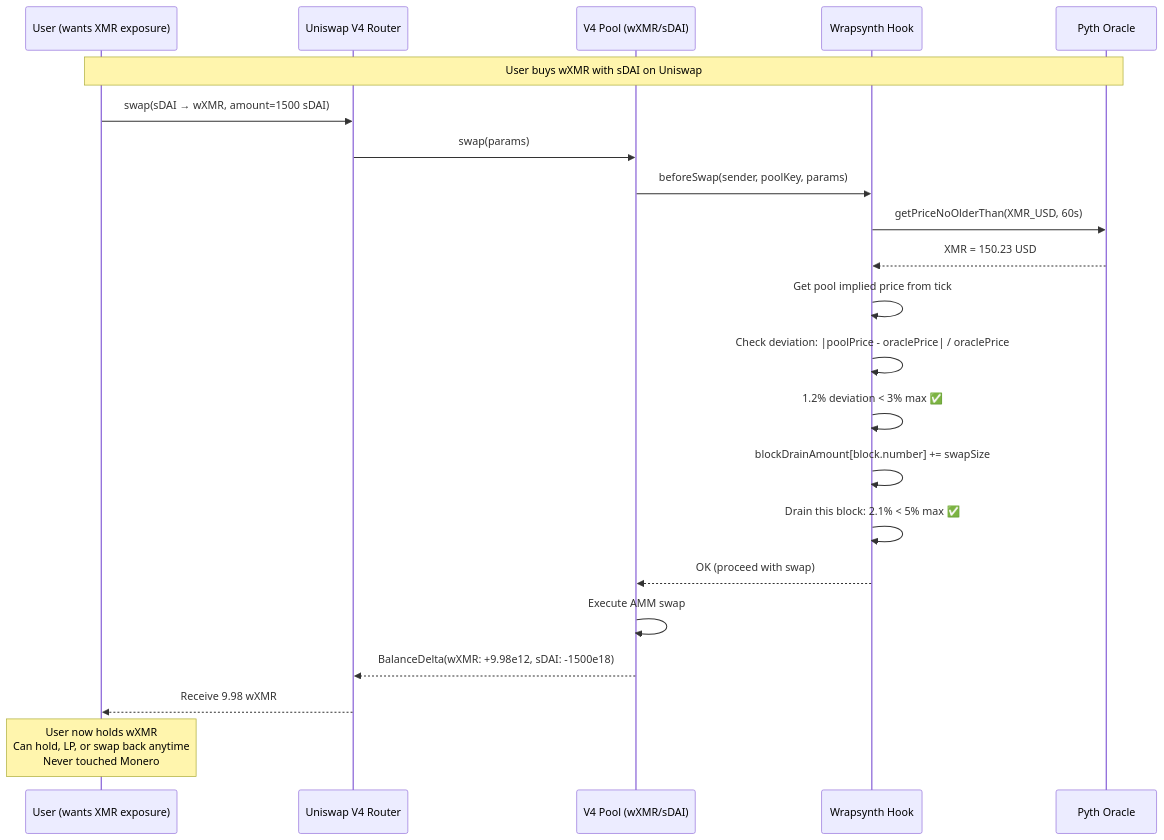
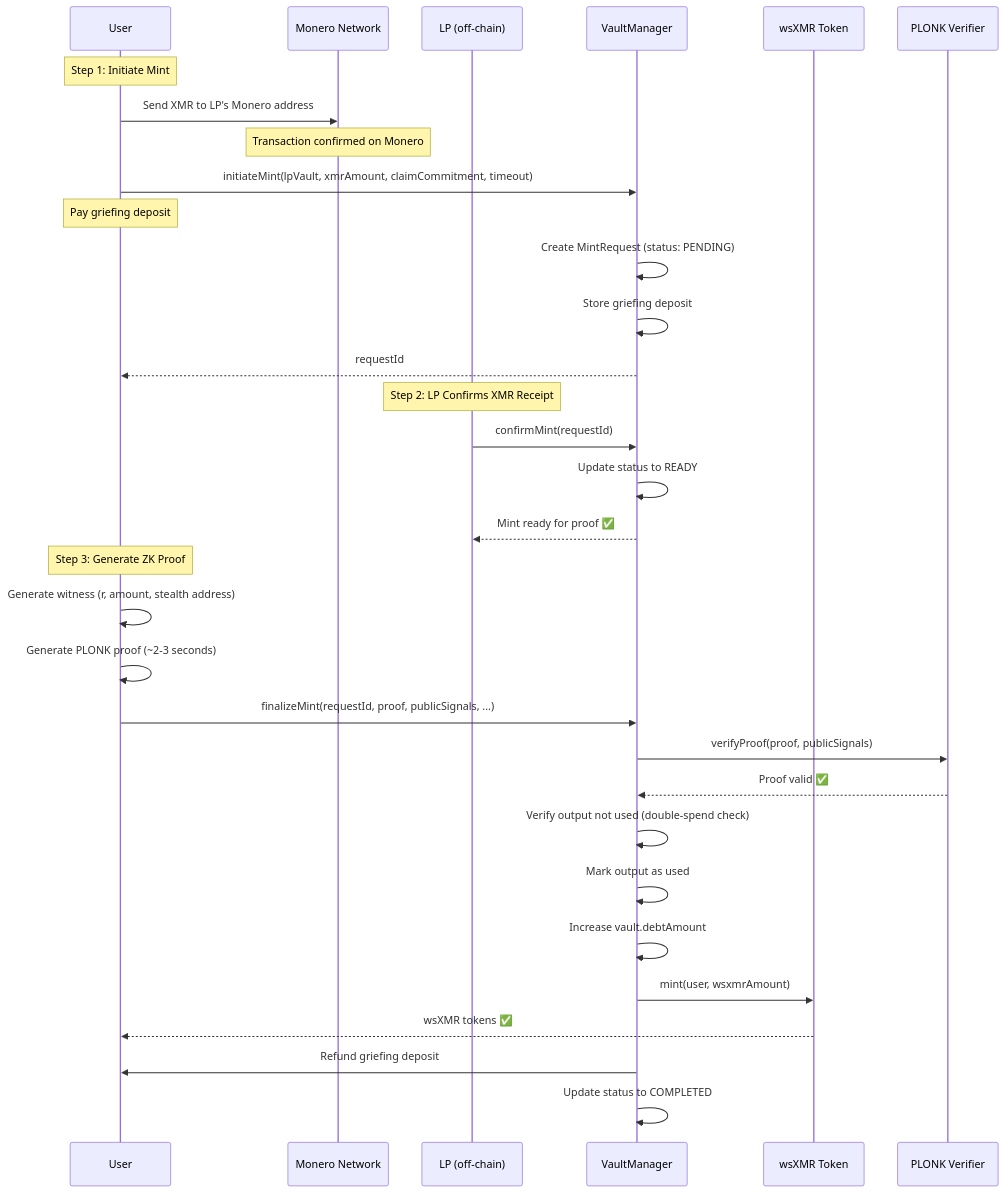
Before and after one commit to madschristensen99/wrapsynth: the second of 4 diagrams in SYNTHWRAP.md, drawn with Mermaid. The commit also changed other lines of this file and 2 other files, not shown here.

First line of the commit message:
docs: massive architecture overhaul - atomic swaps replace ZK proofs

````diff
--- a/SYNTHWRAP.md
+++ b/SYNTHWRAP.md
@@ -268,29 +166,39 @@
 ```mermaid
 sequenceDiagram
-    participant U as User (wants XMR exposure)
-    participant UNI as Uniswap V4 Router
-    participant POOL as V4 Pool (wXMR/sDAI)
-    participant HOOK as Wrapsynth Hook
-    participant PYTH as Pyth Oracle
-
-    Note over U,PYTH: User buys wXMR with sDAI on Uniswap
-
-    U->>UNI: swap(sDAI → wXMR, amount=1500 sDAI)
-    UNI->>POOL: swap(params)
-
-    POOL->>HOOK: beforeSwap(sender, poolKey, params)
-    HOOK->>PYTH: getPriceNoOlderThan(XMR_USD, 60s)
-    PYTH-->>HOOK: XMR = 150.23 USD
-    HOOK->>HOOK: Get pool implied price from tick
-    HOOK->>HOOK: Check deviation: |poolPrice - oraclePrice| / oraclePrice
-    HOOK->>HOOK: 1.2% deviation < 3% max ✅
-    HOOK->>HOOK: blockDrainAmount[block.number] += swapSize
-    HOOK->>HOOK: Drain this block: 2.1% < 5% max ✅
-    HOOK-->>POOL: OK (proceed with swap)
-
-    POOL->>POOL: Execute AMM swap
-    POOL-->>UNI: BalanceDelta(wXMR: +9.98e12, sDAI: -1500e18)
-    UNI-->>U: Receive 9.98 wXMR
-
-    Note over U: User now holds wXMR<br/>Can hold, LP, or swap back anytime<br/>Never touched Monero
+    participant U as User
+    participant XMR as Monero Network
+    participant LP as LP (off-chain)
+    participant VM as VaultManager
+    participant WSXMR as wsXMR Token
+    participant V as PLONK Verifier
+    
+    Note over U: Step 1: Initiate Mint
+    U->>XMR: Send XMR to LP's Monero address
+    Note over XMR: Transaction confirmed on Monero
+    
+    U->>VM: initiateMint(lpVault, xmrAmount, claimCommitment, timeout)
+    Note over U: Pay griefing deposit
+    VM->>VM: Create MintRequest (status: PENDING)
+    VM->>VM: Store griefing deposit
+    VM-->>U: requestId
+    
+    Note over LP: Step 2: LP Confirms XMR Receipt
+    LP->>VM: confirmMint(requestId)
+    VM->>VM: Update status to READY
+    VM-->>LP: Mint ready for proof ✅
+    
+    Note over U: Step 3: Generate ZK Proof
+    U->>U: Generate witness (r, amount, stealth address)
+    U->>U: Generate PLONK proof (~2-3 seconds)
+    
+    U->>VM: finalizeMint(requestId, proof, publicSignals, ...)
+    VM->>V: verifyProof(proof, publicSignals)
+    V-->>VM: Proof valid ✅
+    VM->>VM: Verify output not used (double-spend check)
+    VM->>VM: Mark output as used
+    VM->>VM: Increase vault.debtAmount
+    VM->>WSXMR: mint(user, wsxmrAmount)
+    WSXMR-->>U: wsXMR tokens ✅
+    VM->>U: Refund griefing deposit
+    VM->>VM: Update status to COMPLETED
 ```
````
